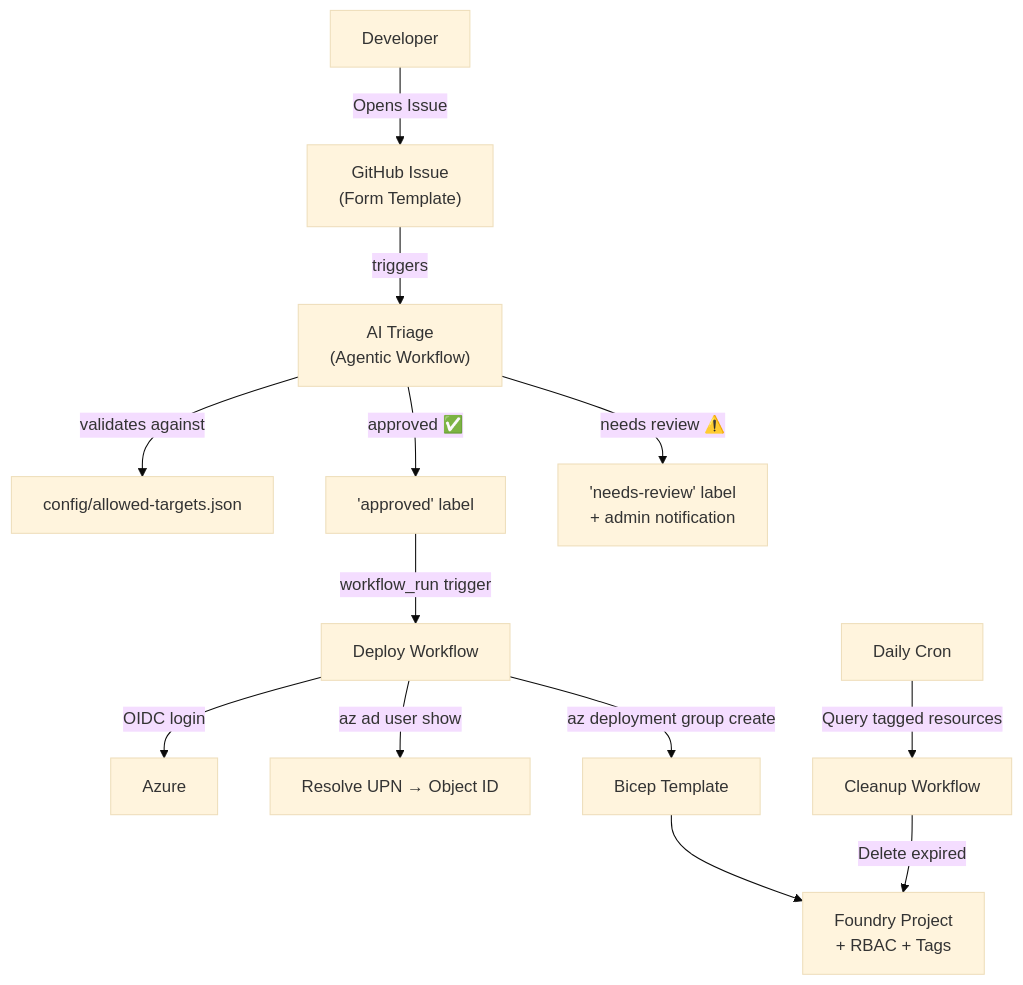
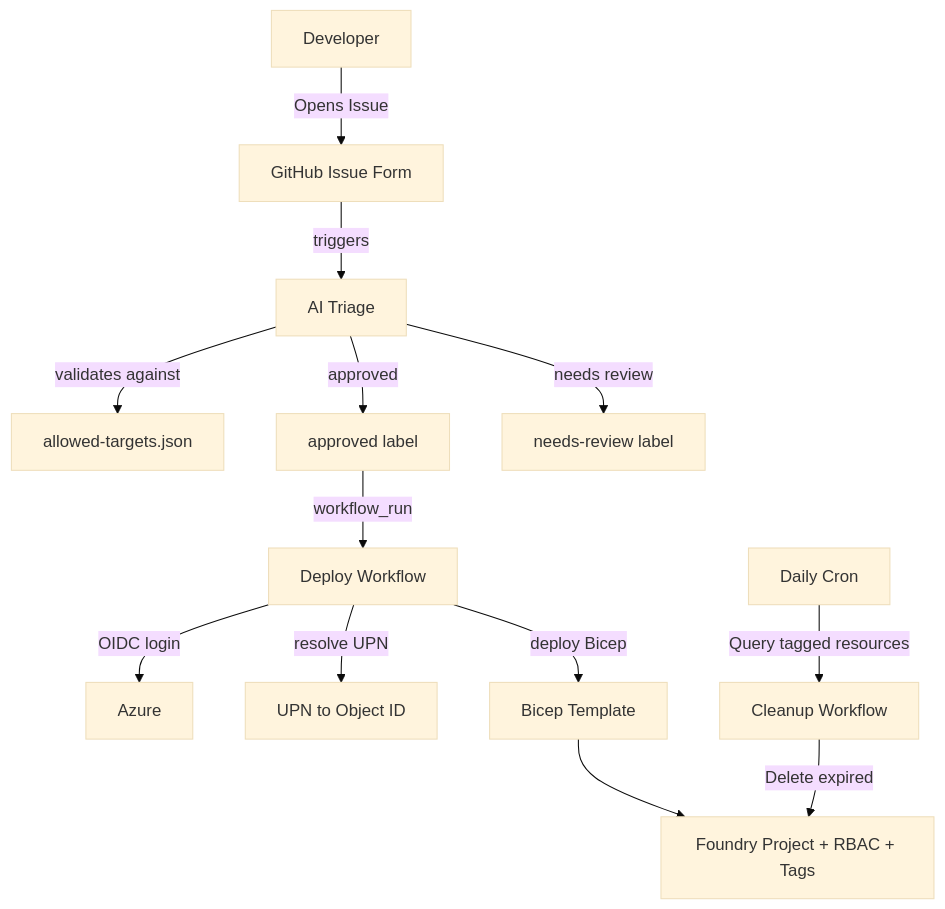
One commit to PennStateLefty/foundry-project-stack changed the first of 2 diagrams in docs/github-actions-approach.md. Above: the diagram before and after it, drawn with Mermaid (base theme). The commit also changed other lines of this file and 1 other file, not shown here.

Commit message:
fix: resolve Mermaid syntax errors in ADE and GHA pages
- ADE: node IDs reused as subgraph IDs caused parse errors; renamed
  subgraph IDs and removed emoji from node labels
- GHA: Unicode arrow and emoji in labels caused parse errors; simplified
  labels. Flattened security layers subgraph to plain chain.

````diff
--- a/docs/github-actions-approach.md
+++ b/docs/github-actions-approach.md
@@ -16,16 +16,15 @@
 ```mermaid
 flowchart TB
-  Dev["Developer"] -->|"Opens Issue"| Issue["GitHub Issue<br/>(Form Template)"]
-  Issue -->|"triggers"| Triage["AI Triage<br/>(Agentic Workflow)"]
-  Triage -->|"validates against"| Config["config/allowed-targets.json"]
-  Triage -->|"approved ✅"| Label["'approved' label"]
-  Triage -->|"needs review ⚠️"| Review["'needs-review' label<br/>+ admin notification"]
-  Label -->|"workflow_run trigger"| Deploy["Deploy Workflow"]
+  Dev["Developer"] -->|"Opens Issue"| Issue["GitHub Issue Form"]
+  Issue -->|"triggers"| Triage["AI Triage"]
+  Triage -->|"validates against"| Config["allowed-targets.json"]
+  Triage -->|"approved"| Label["approved label"]
+  Triage -->|"needs review"| Review["needs-review label"]
+  Label -->|"workflow_run"| Deploy["Deploy Workflow"]
   Deploy -->|"OIDC login"| Azure["Azure"]
-  Deploy -->|"az ad user show"| UPN["Resolve UPN → Object ID"]
-  Deploy -->|"az deployment group create"| Bicep["Bicep Template"]
-  Bicep --> Project["Foundry Project<br/>+ RBAC + Tags"]
-  
+  Deploy -->|"resolve UPN"| UPN["UPN to Object ID"]
+  Deploy -->|"deploy Bicep"| Bicep["Bicep Template"]
+  Bicep --> Project["Foundry Project + RBAC + Tags"]
   Cron["Daily Cron"] -->|"Query tagged resources"| Cleanup["Cleanup Workflow"]
   Cleanup -->|"Delete expired"| Project
 ```
````
